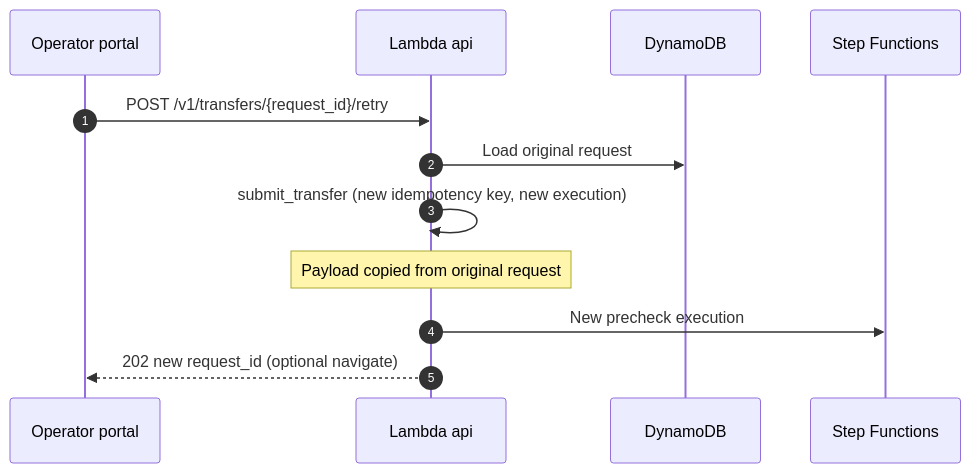
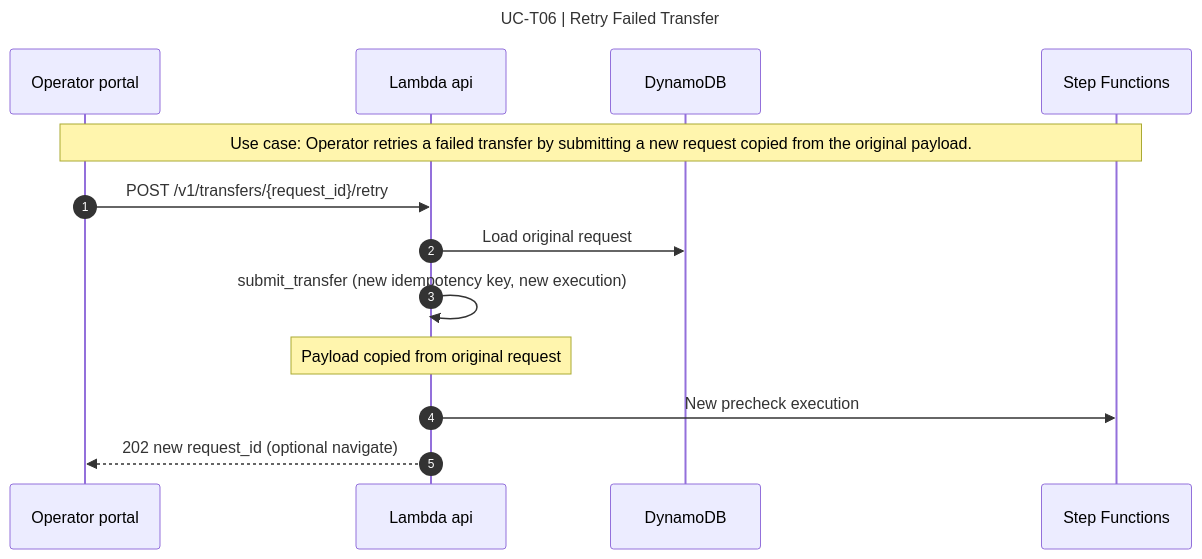
Before and after one commit to bayareala8s/BayRelayAI: diagram 13 of 31 in docs/SEQUENCE_DIAGRAMS.md, drawn with Mermaid. The commit also changed other lines of this file and 68 other files, not shown here.

First line of the commit message:
Add title and use-case labels to all sequence diagrams.

````diff
--- a/docs/SEQUENCE_DIAGRAMS.md
+++ b/docs/SEQUENCE_DIAGRAMS.md
@@ -337,15 +408,19 @@
 ```mermaid
+---
+title: UC-T06 | Retry Failed Transfer
+---
 sequenceDiagram
   autonumber
   participant Op as Operator portal
   participant API as Lambda api
   participant DDB as DynamoDB
   participant SFN as Step Functions
+  Note over Op,SFN: Use case: Operator retries a failed transfer by submitting a new request copied from the original payload.
 
   Op->>API: POST /v1/transfers/{request_id}/retry
   API->>DDB: Load original request
   API->>API: submit_transfer (new idempotency key, new execution)
   Note over API: Payload copied from original request
   API->>SFN: New precheck execution
   API-->>Op: 202 new request_id (optional navigate)
 ```
````
